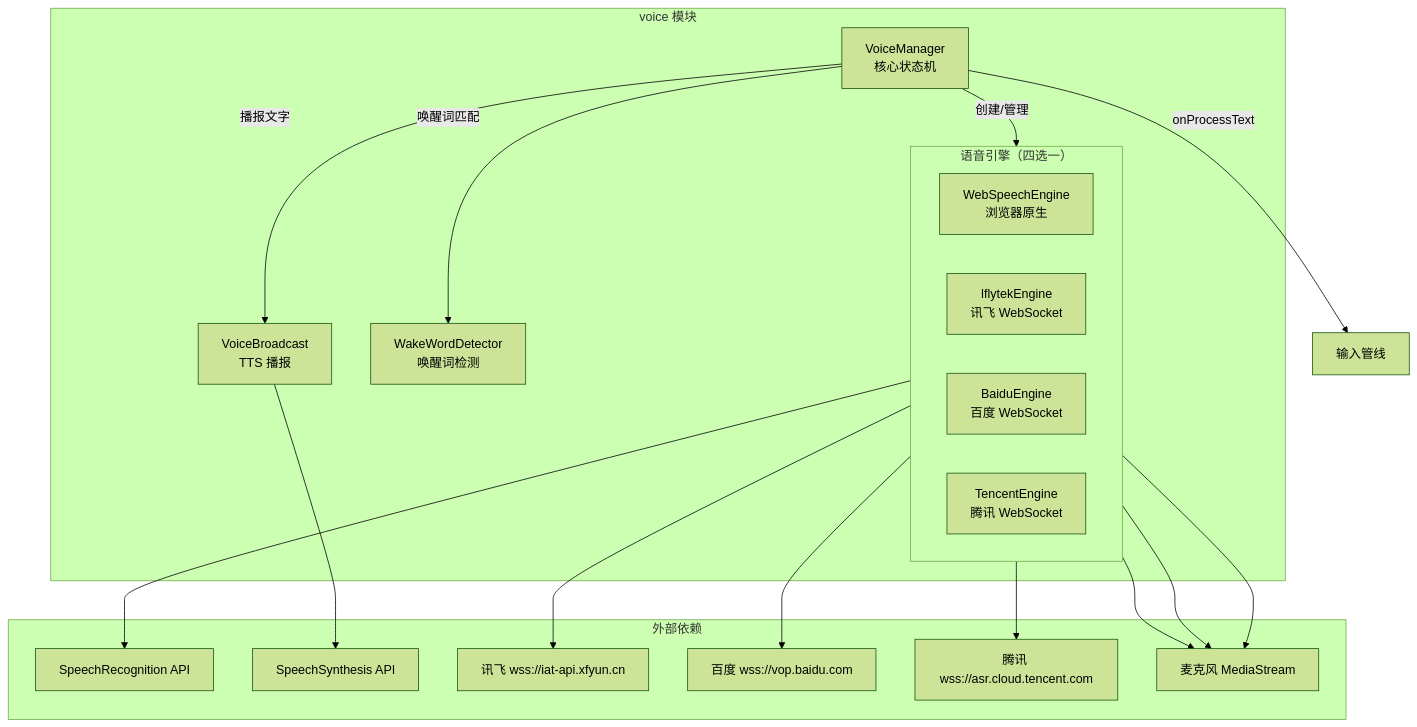
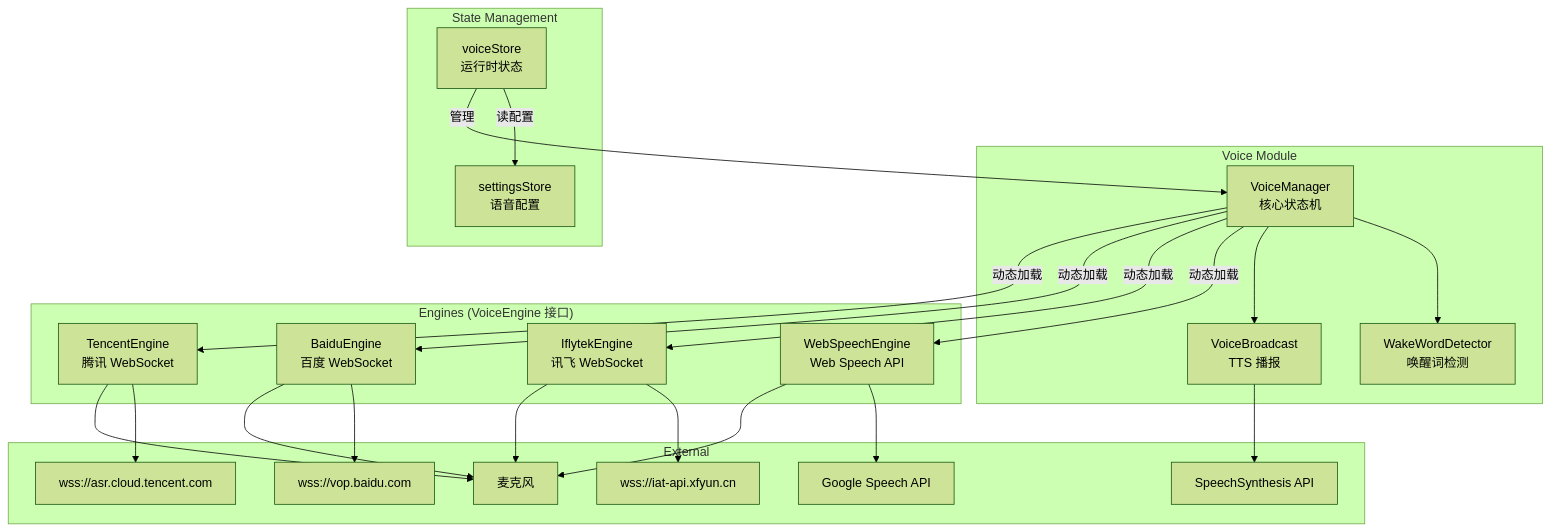
The first of 5 diagrams in docs/architecture/voice.md (zw123zw/ai-browser), drawn with Mermaid (forest theme) before and after one commit. The commit also changed other lines of this file and 13 other files, not shown here.

````diff
--- a/docs/architecture/voice.md
+++ b/docs/architecture/voice.md
@@ -27,39 +34,49 @@
 ```mermaid
 graph TB
-    subgraph VoiceModule["voice 模块"]
+    subgraph "Voice Module"
         VM[VoiceManager<br/>核心状态机]
         WD[WakeWordDetector<br/>唤醒词检测]
         VB[VoiceBroadcast<br/>TTS 播报]
-
-        subgraph Engines["语音引擎（四选一）"]
-            direction LR
-            E1[WebSpeechEngine<br/>浏览器原生]
-            E2[IflytekEngine<br/>讯飞 WebSocket]
-            E3[BaiduEngine<br/>百度 WebSocket]
-            E4[TencentEngine<br/>腾讯 WebSocket]
-        end
+        VM --> WD
+        VM --> VB
     end
 
-    subgraph External["外部依赖"]
-        SR[SpeechRecognition API]
-        SS[SpeechSynthesis API]
-        WS1[讯飞 wss://iat-api.xfyun.cn]
-        WS2[百度 wss://vop.baidu.com]
-        WS3[腾讯 wss://asr.cloud.tencent.com]
-        MIC[麦克风 MediaStream]
+    subgraph "Engines (VoiceEngine 接口)"
+        WSE[WebSpeechEngine<br/>Web Speech API]
+        IE[IflytekEngine<br/>讯飞 WebSocket]
+        BE[BaiduEngine<br/>百度 WebSocket]
+        TE[TencentEngine<br/>腾讯 WebSocket]
     end
 
-    VM -->|创建/管理| Engines
-    VM -->|唤醒词匹配| WD
-    VM -->|播报文字| VB
-    VM -->|onProcessText| Pipeline[输入管线]
+    subgraph "State Management"
+        VS[voiceStore<br/>运行时状态]
+        SS[settingsStore<br/>语音配置]
+    end
 
-    E1 --> SR
-    E2 --> WS1
-    E2 --> MIC
-    E3 --> WS2
-    E3 --> MIC
-    E4 --> WS3
-    E4 --> MIC
-    VB --> SS
+    subgraph "External"
+        MIC[麦克风]
+        TTS[SpeechSynthesis API]
+        WS1[wss://iat-api.xfyun.cn]
+        WS2[wss://vop.baidu.com]
+        WS3[wss://asr.cloud.tencent.com]
+        GA[Google Speech API]
+    end
+
+    VM -->|动态加载| WSE
+    VM -->|动态加载| IE
+    VM -->|动态加载| BE
+    VM -->|动态加载| TE
+
+    WSE --> GA
+    IE --> WS1
+    BE --> WS2
+    TE --> WS3
+    VB --> TTS
+    WSE --> MIC
+    IE --> MIC
+    BE --> MIC
+    TE --> MIC
+
+    VS -->|读配置| SS
+    VS -->|管理| VM
 ```
````
